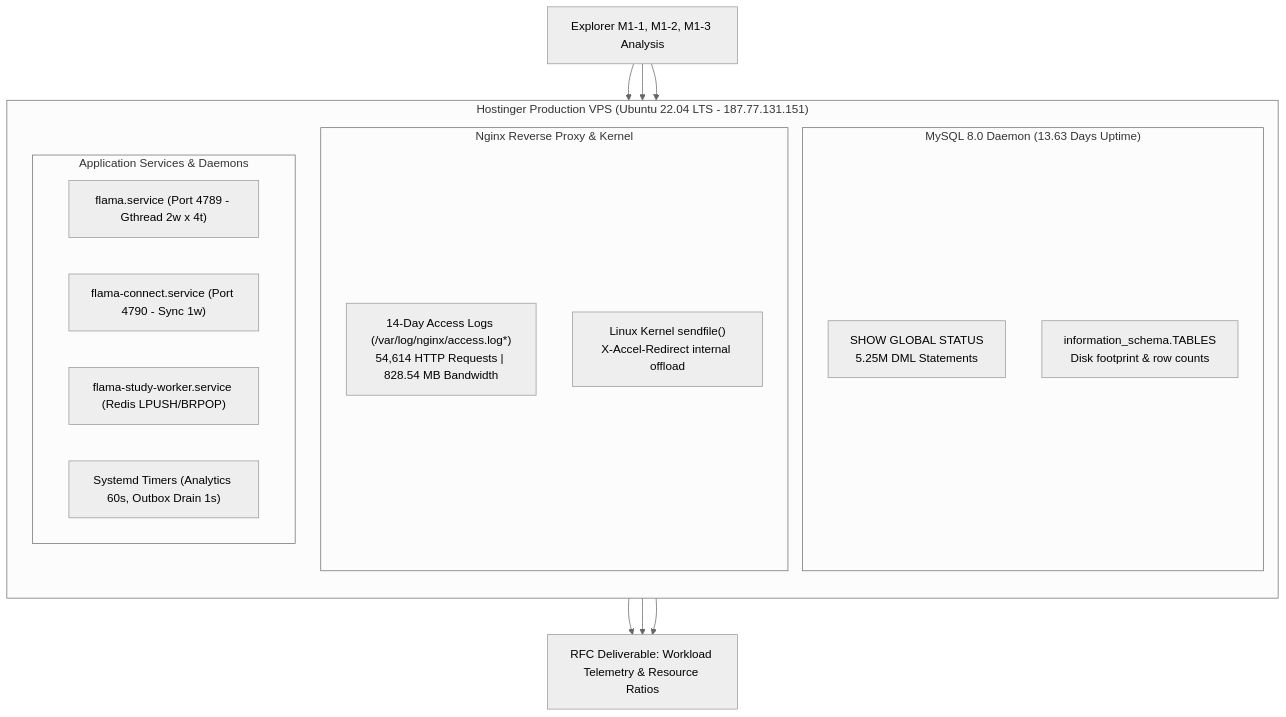
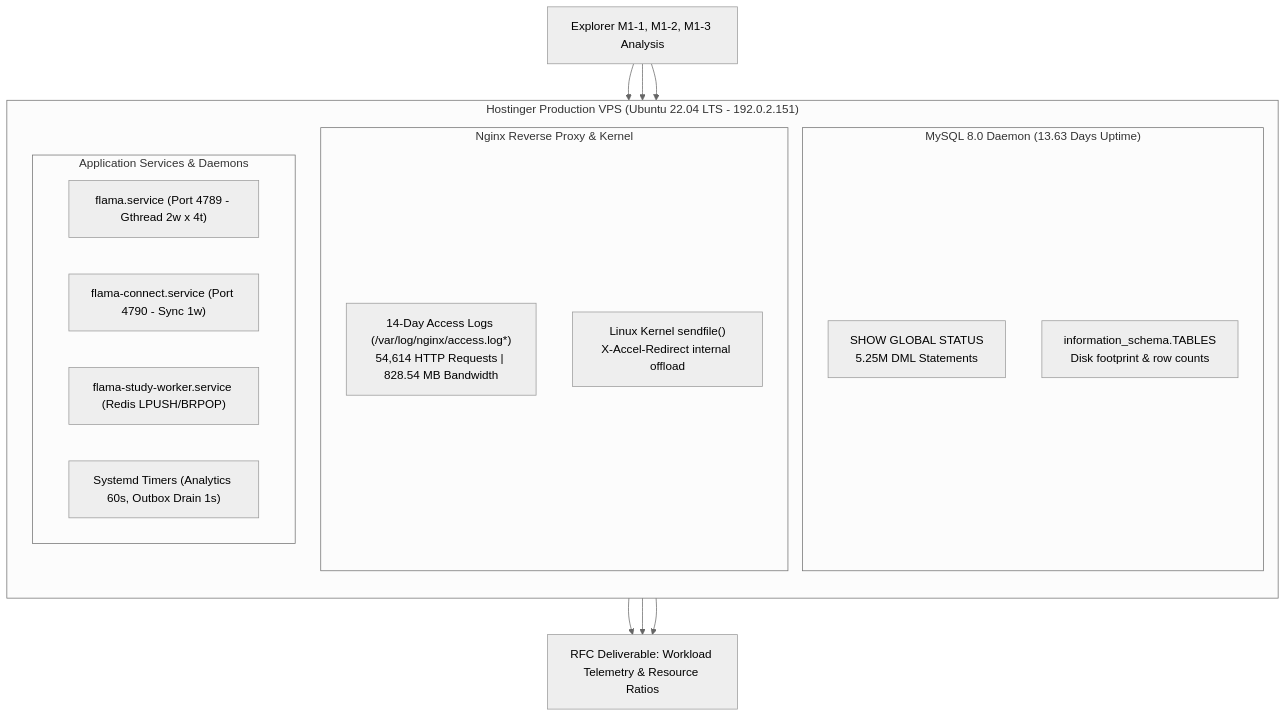
One commit to TrinhChung/Flama changed the first of 4 diagrams in docs/architecture/FLAMA_WORKLOAD_TELEMETRY_AND_RESOURCE_RATIOS_2026-10-31.md. Above: the diagram before and after it, drawn with Mermaid (neutral theme). The commit also changed other lines of this file and 10 other files, not shown here.

````diff
--- a/docs/architecture/FLAMA_WORKLOAD_TELEMETRY_AND_RESOURCE_RATIOS_2026-10-31.md
+++ b/docs/architecture/FLAMA_WORKLOAD_TELEMETRY_AND_RESOURCE_RATIOS_2026-10-31.md
@@ -61,27 +61,27 @@
 ```mermaid
 flowchart TD
-    subgraph Hostinger_Production ["Hostinger Production VPS (Ubuntu 22.04 LTS - 187.77.131.151)"]
+    subgraph Hostinger_Production ["Hostinger Production VPS (Ubuntu 22.04 LTS - 192.0.2.151)"]
         direction TB
         subgraph MySQL_Layer ["MySQL 8.0 Daemon (13.63 Days Uptime)"]
             GLOBAL_STATUS["SHOW GLOBAL STATUS\n5.25M DML Statements"]
             TABLE_STORAGE["information_schema.TABLES\nDisk footprint & row counts"]
         end
         subgraph Nginx_Layer ["Nginx Reverse Proxy & Kernel"]
             ACCESS_LOGS["14-Day Access Logs (/var/log/nginx/access.log*)\n54,614 HTTP Requests | 828.54 MB Bandwidth"]
             KERNEL_SENDFILE["Linux Kernel sendfile()\nX-Accel-Redirect internal offload"]
         end
         subgraph App_Layer ["Application Services & Daemons"]
             GUNICORN_CORE["flama.service (Port 4789 - Gthread 2w x 4t)"]
             GUNICORN_CONNECT["flama-connect.service (Port 4790 - Sync 1w)"]
             STUDY_WORKER["flama-study-worker.service (Redis LPUSH/BRPOP)"]
             TIMERS["Systemd Timers (Analytics 60s, Outbox Drain 1s)"]
         end
     end
 
     Downstream_Workers["Explorer M1-1, M1-2, M1-3 Analysis"] --> GLOBAL_STATUS
     Downstream_Workers --> ACCESS_LOGS
     Downstream_Workers --> App_Layer
     GLOBAL_STATUS --> RFC_Doc["RFC Deliverable: Workload Telemetry & Resource Ratios"]
     ACCESS_LOGS --> RFC_Doc
     App_Layer --> RFC_Doc
 ```
````
